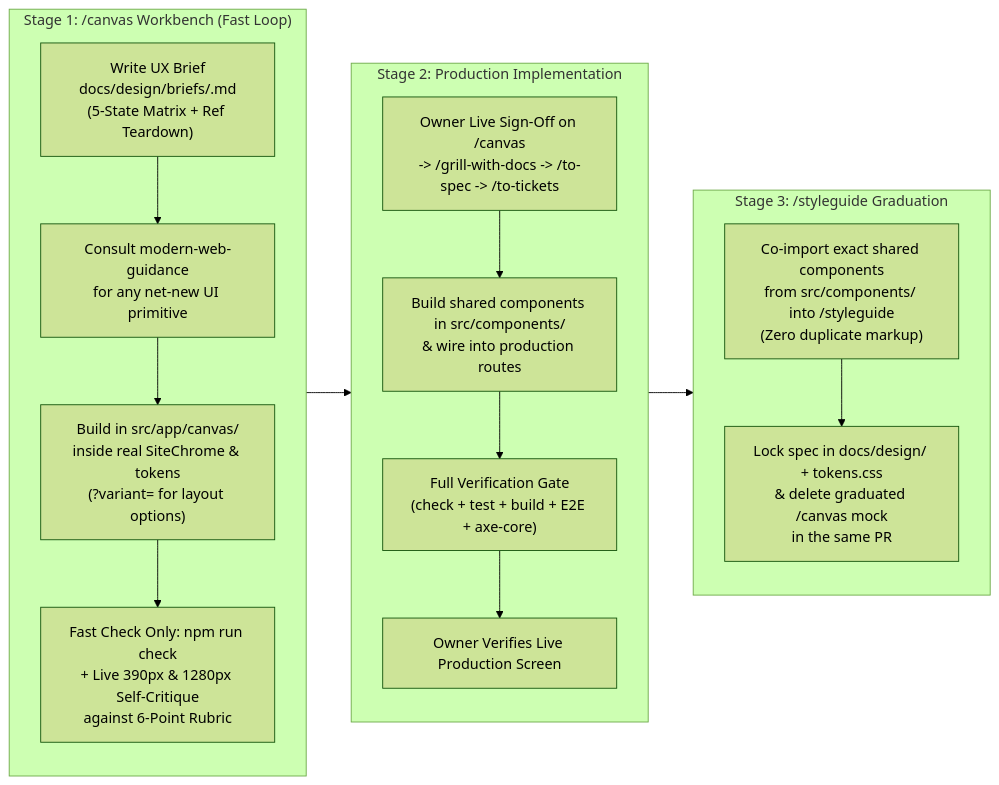
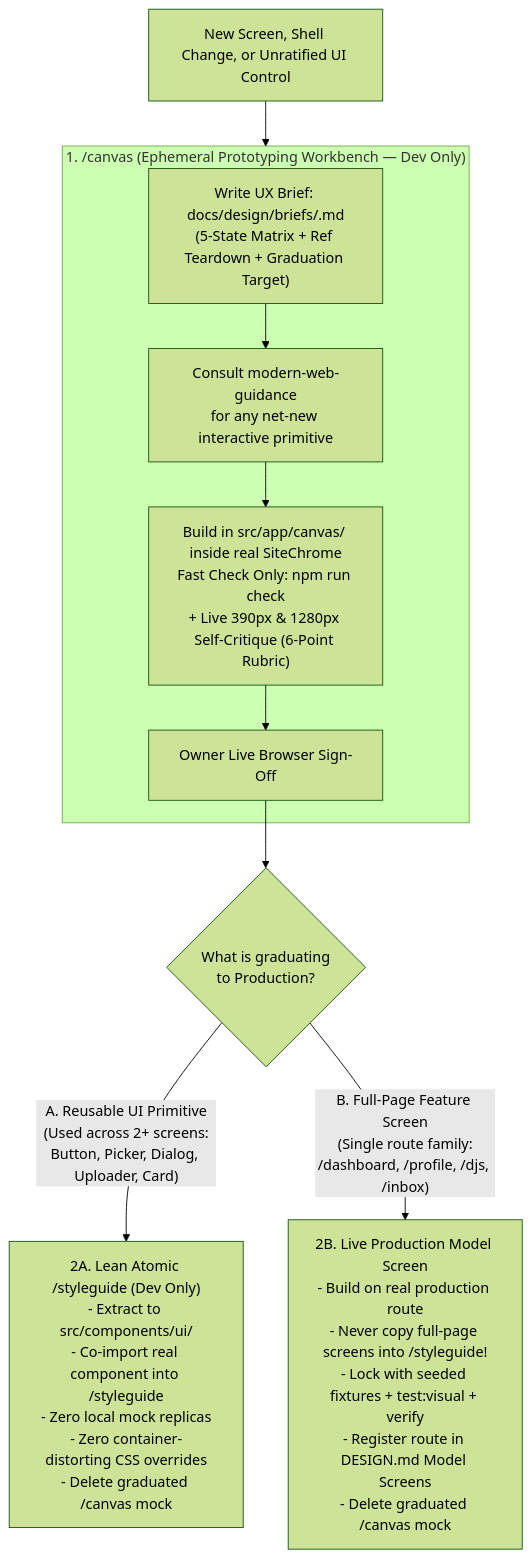
One commit to Justin-Fyk/workflows changed the diagram in docs/workflow-tiers-and-surface-gate.md. Above: the diagram before and after it, drawn with Mermaid (forest theme). The commit also changed other lines of this file and 10 other files, not shown here.

Commit message:
feat(design): encode 3-Surface Design Architecture (ephemeral /canvas, lean primitive-only /styleguide, production Model Screens, dev-only gate)

````diff
--- a/docs/workflow-tiers-and-surface-gate.md
+++ b/docs/workflow-tiers-and-surface-gate.md
@@ -51,26 +48,18 @@
 ```mermaid
-flowchart LR
-    subgraph Stage1["Stage 1: /canvas Workbench (Fast Loop)"]
-        B1["Write UX Brief\ndocs/design/briefs/<slug>.md\n(5-State Matrix + Ref Teardown)"]
-        B2["Consult modern-web-guidance\nfor any net-new UI primitive"]
-        B3["Build in src/app/canvas/\ninside real SiteChrome & tokens\n(?variant= for layout options)"]
-        B4["Fast Check Only: npm run check\n+ Live 390px & 1280px Self-Critique\nagainst 6-Point Rubric"]
+flowchart TD
+    Trigger["New Screen, Shell Change, or Unratified UI Control"] --> Stage1
+
+    subgraph Stage1["1. /canvas (Ephemeral Prototyping Workbench — Dev Only)"]
+        B1["Write UX Brief: docs/design/briefs/<slug>.md\n(5-State Matrix + Ref Teardown + Graduation Target)"]
+        B2["Consult modern-web-guidance\nfor any net-new interactive primitive"]
+        B3["Build in src/app/canvas/ inside real SiteChrome\nFast Check Only: npm run check\n+ Live 390px & 1280px Self-Critique (6-Point Rubric)"]
+        B4["Owner Live Browser Sign-Off"]
         B1 --> B2 --> B3 --> B4
     end
 
-    subgraph Stage2["Stage 2: Production Implementation"]
-        P1["Owner Live Sign-Off on /canvas\n-> /grill-with-docs -> /to-spec -> /to-tickets"]
-        P2["Build shared components in src/components/\n& wire into production routes"]
-        P3["Full Verification Gate\n(check + test + build + E2E + axe-core)"]
-        P4["Owner Verifies Live Production Screen"]
-        P1 --> P2 --> P3 --> P4
-    end
+    B4 --> GradQuestion{"What is graduating\nto Production?"}
 
-    subgraph Stage3["Stage 3: /styleguide Graduation"]
-        S1["Co-import exact shared components\nfrom src/components/ into /styleguide\n(Zero duplicate markup)"]
-        S2["Lock spec in docs/design/ + tokens.css\n& delete graduated /canvas mock\nin the same PR"]
-        S1 --> S2
-    end
+    GradQuestion -->|"A. Reusable UI Primitive\n(Used across 2+ screens:\nButton, Picker, Dialog, Uploader, Card)"| Stage2A["2A. Lean Atomic /styleguide (Dev Only)\n- Extract to src/components/ui/\n- Co-import real component into /styleguide\n- Zero local mock replicas\n- Zero container-distorting CSS overrides\n- Delete graduated /canvas mock"]
 
-    Stage1 --> Stage2 --> Stage3
+    GradQuestion -->|"B. Full-Page Feature Screen\n(Single route family:\n/dashboard, /profile, /djs, /inbox)"| Stage2B["2B. Live Production Model Screen\n- Build on real production route\n- Never copy full-page screens into /styleguide!\n- Lock with seeded fixtures + test:visual + verify\n- Register route in DESIGN.md Model Screens\n- Delete graduated /canvas mock"]
 ```
````
